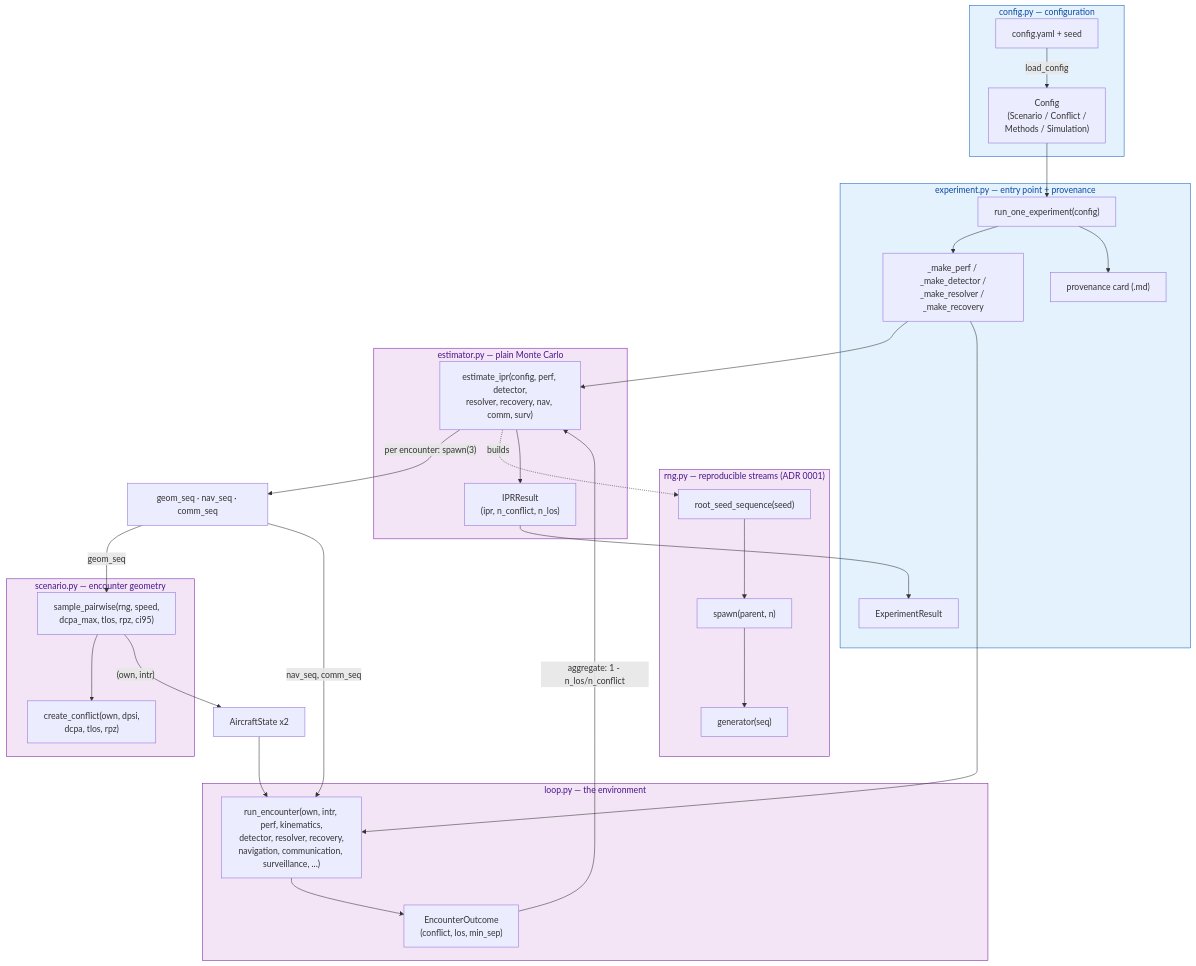
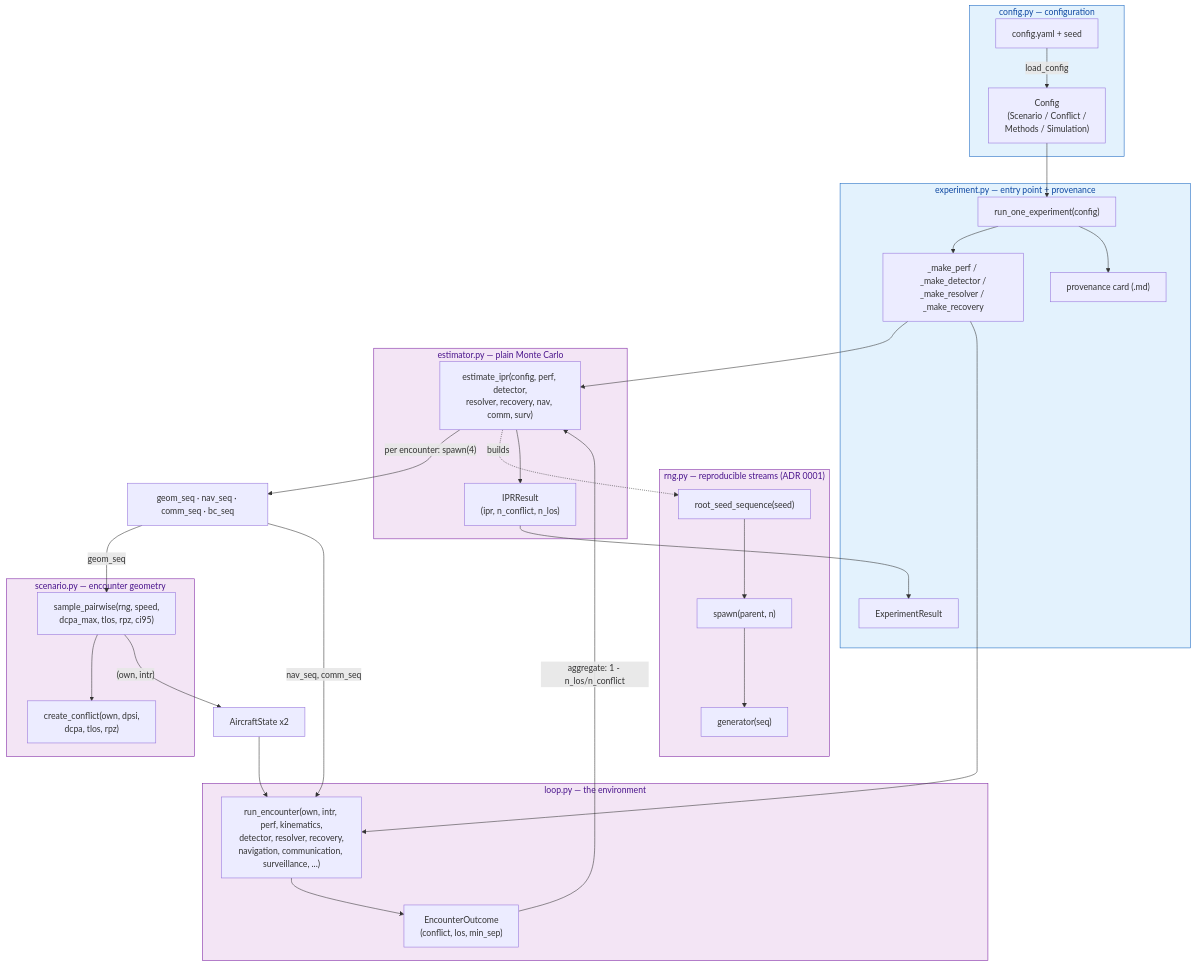
The first of 5 diagrams in vault/architecture-dataflow.md (fazlurnu/OpenCDaRR), drawn with Mermaid before and after one commit. The commit also changed other lines of this file and 39 other files, not shown here.

Commit message:
update the comm and nav done

````diff
--- a/vault/architecture-dataflow.md
+++ b/vault/architecture-dataflow.md
@@ -24,60 +24,60 @@
 ```mermaid
 flowchart TB
     subgraph entry["config.py — configuration"]
         YAML["config.yaml + seed"]
         CFG["Config<br/>(Scenario / Conflict /<br/>Methods / Simulation)"]
         YAML -->|load_config| CFG
     end
 
     subgraph exp["experiment.py — entry point + provenance"]
         RUN1["run_one_experiment(config)"]
         COMPS["_make_perf / _make_detector /<br/>_make_resolver / _make_recovery"]
         CARD["provenance card (.md)"]
         RES["ExperimentResult"]
     end
 
     CFG --> RUN1 --> COMPS
 
     subgraph rng["rng.py — reproducible streams (ADR 0001)"]
         ROOT["root_seed_sequence(seed)"]
         SP["spawn(parent, n)"]
         GEN["generator(seq)"]
         ROOT --> SP --> GEN
     end
 
     subgraph est["estimator.py — plain Monte Carlo"]
         EST["estimate_ipr(config, perf, detector,<br/>resolver, recovery, nav, comm, surv)"]
         IPR["IPRResult<br/>(ipr, n_conflict, n_los)"]
     end
 
     COMPS --> EST
-    EST -->|"per encounter: spawn(3)"| SEQS["geom_seq · nav_seq · comm_seq"]
+    EST -->|"per encounter: spawn(4)"| SEQS["geom_seq · nav_seq · comm_seq · bc_seq"]
     EST -. builds .-> ROOT
 
     subgraph scen["scenario.py — encounter geometry"]
         SAMP["sample_pairwise(rng, speed,<br/>dcpa_max, tlos, rpz, ci95)"]
         CREATE["create_conflict(own, dpsi,<br/>dcpa, tlos, rpz)"]
         SAMP --> CREATE
     end
 
     SEQS -->|geom_seq| SAMP
     SAMP -->|"(own, intr)"| PAIR["AircraftState x2"]
 
     subgraph loopy["loop.py — the environment"]
         LOOP["run_encounter(own, intr, perf, kinematics,<br/>detector, resolver, recovery,<br/>navigation, communication, surveillance, ...)"]
         OUT["EncounterOutcome<br/>(conflict, los, min_sep)"]
         LOOP --> OUT
     end
 
     PAIR --> LOOP
     SEQS -->|nav_seq, comm_seq| LOOP
     COMPS --> LOOP
     OUT -->|"aggregate: 1 - n_los/n_conflict"| EST
     EST --> IPR --> RES
     RUN1 --> CARD
 
     classDef entryc fill:#e3f2fd,stroke:#1565c0,color:#0d47a1
     classDef flowc fill:#f3e5f5,stroke:#7b1fa2,color:#4a148c
     class entry,exp entryc
     class est,scen,loopy,rng flowc
 ```
````
